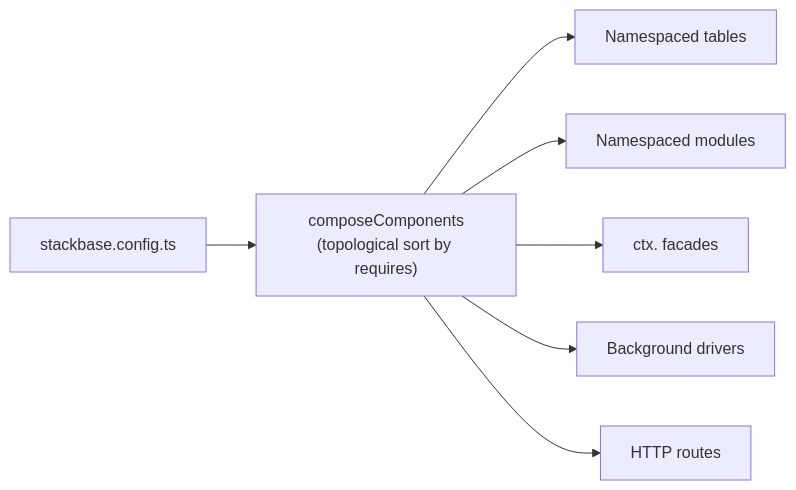
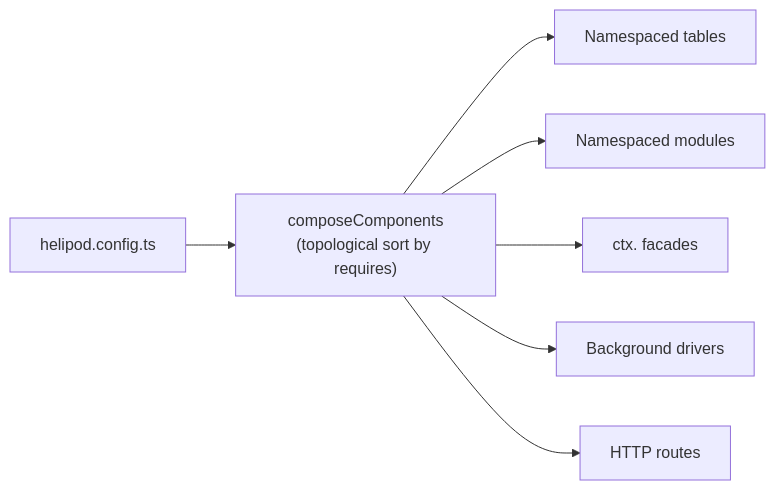
Before and after one commit to helipod-sh/helipod: the diagram in website/content/docs/components/overview.mdx, drawn with Mermaid. The commit also changed other lines of this file and 1141 other files, not shown here.

First line of the commit message:
feat: rename project from stackbase to helipod

````diff
--- a/website/content/docs/components/overview.mdx
+++ b/website/content/docs/components/overview.mdx
@@ -23,9 +23,9 @@
 ```mermaid
 flowchart LR
-  Config["stackbase.config.ts"] --> Compose["composeComponents\n(topological sort by requires)"]
+  Config["helipod.config.ts"] --> Compose["composeComponents\n(topological sort by requires)"]
   Compose --> Tables["Namespaced tables"]
   Compose --> Modules["Namespaced modules"]
   Compose --> Context["ctx.<name> facades"]
   Compose --> Drivers["Background drivers"]
   Compose --> Routes["HTTP routes"]
 ```
````
